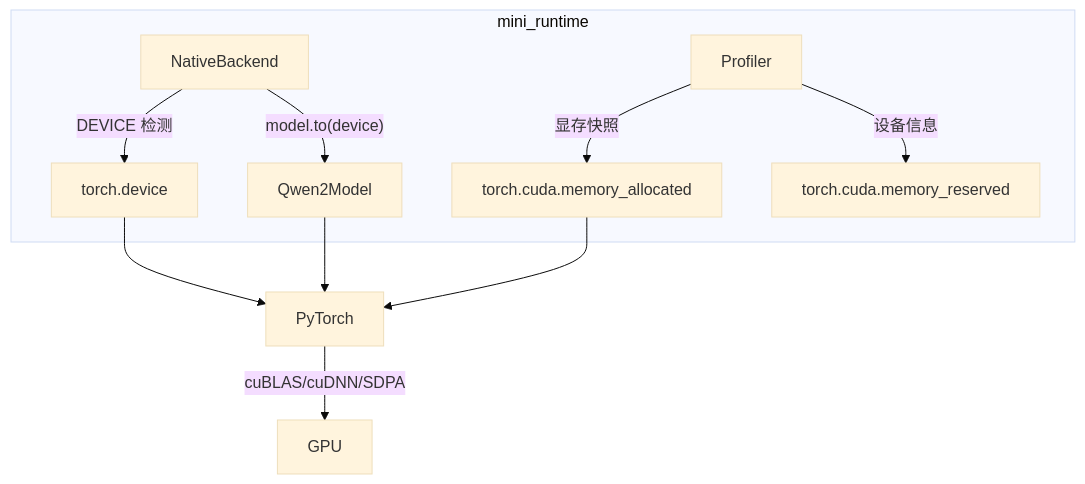
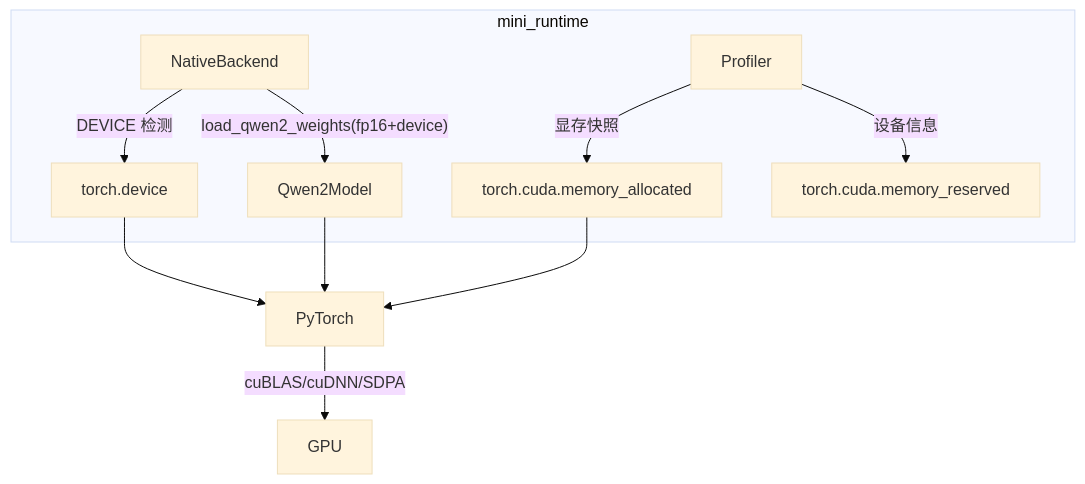
Before and after one commit to KIOSHIROI/mini-runtime: the third of 5 diagrams in book/part1_fundamentals/ch02_gpu_architecture.md, drawn with Mermaid (base theme). The commit also changed other lines of this file and 8 other files, not shown here.

````diff
--- a/book/part1_fundamentals/ch02_gpu_architecture.md
+++ b/book/part1_fundamentals/ch02_gpu_architecture.md
@@ -184,13 +184,13 @@
 ```mermaid
 flowchart TD
     subgraph mini_runtime
         NB[NativeBackend] -->|DEVICE 检测| D[torch.device]
-        NB -->|"model.to(device)"| M[Qwen2Model]
+        NB -->|"load_qwen2_weights(fp16+device)"| M[Qwen2Model]
         P[Profiler] -->|显存快照| MC[torch.cuda.memory_allocated]
         P -->|设备信息| MR[torch.cuda.memory_reserved]
     end
     D --> T[PyTorch]
     M --> T
     MC --> T
     T -->|cuBLAS/cuDNN/SDPA| G[GPU]
 ```
````
